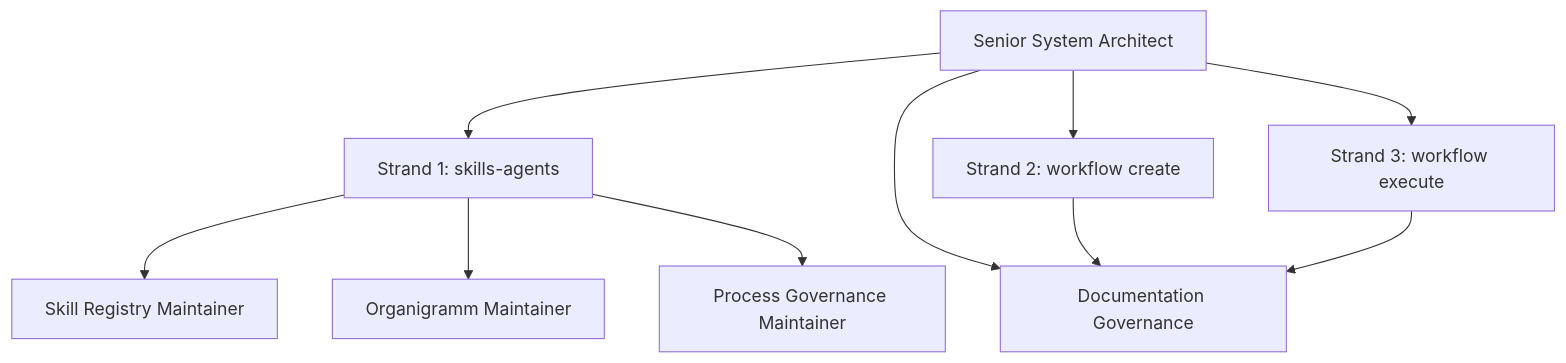
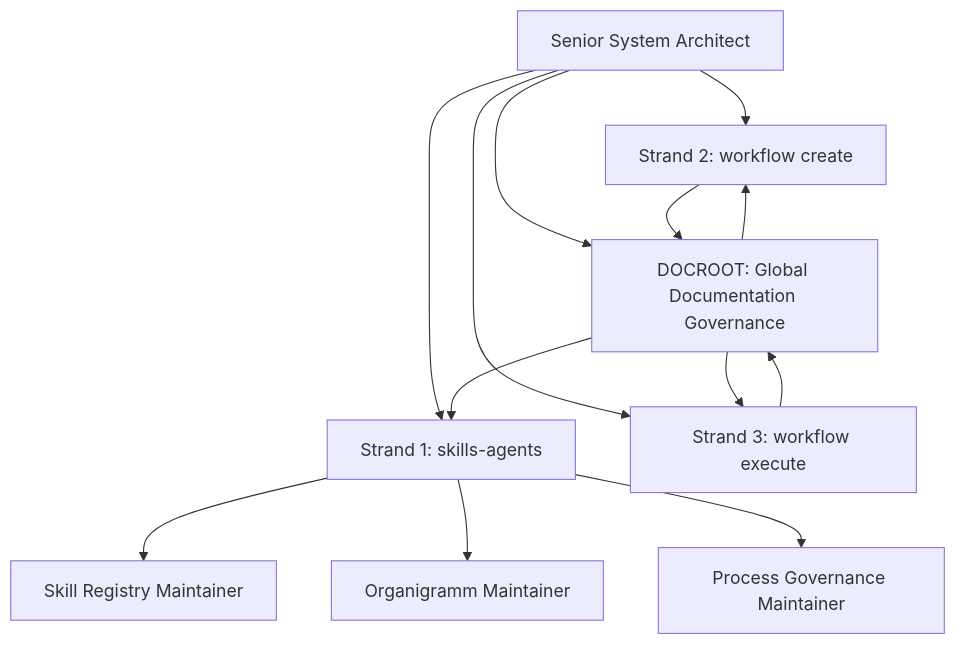
The first of 2 diagrams in docs/arc42/05-building-block-view.md (MatthiasBurger-Coder/forensic_analytics), drawn with Mermaid before and after one commit. The commit also changed other lines of this file and 15 other files, not shown here.

First line of the commit message:
docs(slice-12): split documentation governance nodes

````diff
--- a/docs/arc42/05-building-block-view.md
+++ b/docs/arc42/05-building-block-view.md
@@ -165,21 +165,24 @@
 ```mermaid
 flowchart TD
   Architect["Senior System Architect"]
   Skills["Strand 1: skills-agents"]
   Create["Strand 2: workflow create"]
   Execute["Strand 3: workflow execute"]
-  Docs["Documentation Governance"]
+  Docs["DOCROOT: Global Documentation Governance"]
   Registry["Skill Registry Maintainer"]
   Org["Organigramm Maintainer"]
   Process["Process Governance Maintainer"]
 
   Architect --> Skills
   Architect --> Create
   Architect --> Execute
   Architect --> Docs
+  Docs --> Skills
+  Docs --> Create
+  Docs --> Execute
   Skills --> Registry
   Skills --> Org
   Skills --> Process
   Create --> Docs
   Execute --> Docs
 ```
````
